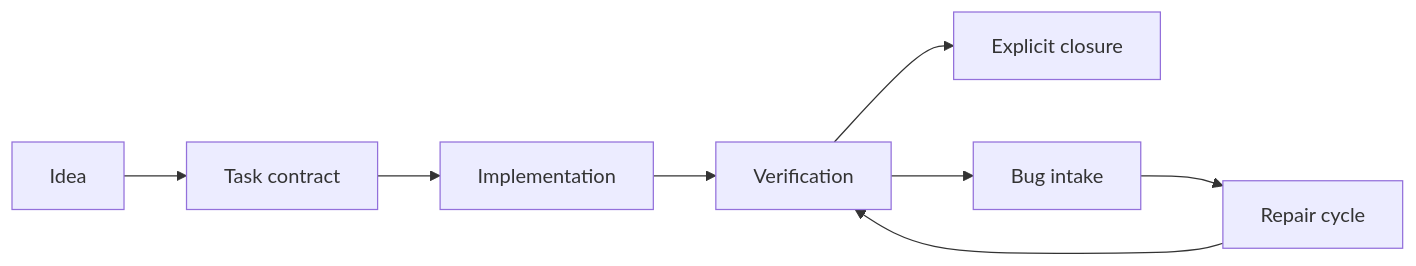
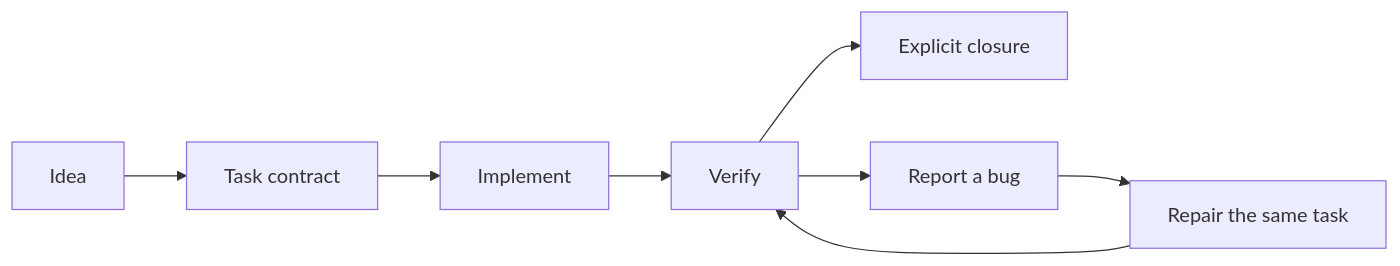
Before and after one commit to furkantokkan/agent-foundry: the diagram in README.md, drawn with Mermaid. The commit also changed other lines of this file, not shown here.

````diff
--- a/README.md
+++ b/README.md
@@ -86,10 +92,10 @@
 ```mermaid
 flowchart LR
     A[Idea] --> B[Task contract]
-    B --> C[Implementation]
-    C --> D[Verification]
+    B --> C[Implement]
+    C --> D[Verify]
     D --> E[Explicit closure]
-    D --> F[Bug intake]
-    F --> G[Repair cycle]
+    D --> F[Report a bug]
+    F --> G[Repair the same task]
     G --> D
 ```
````
